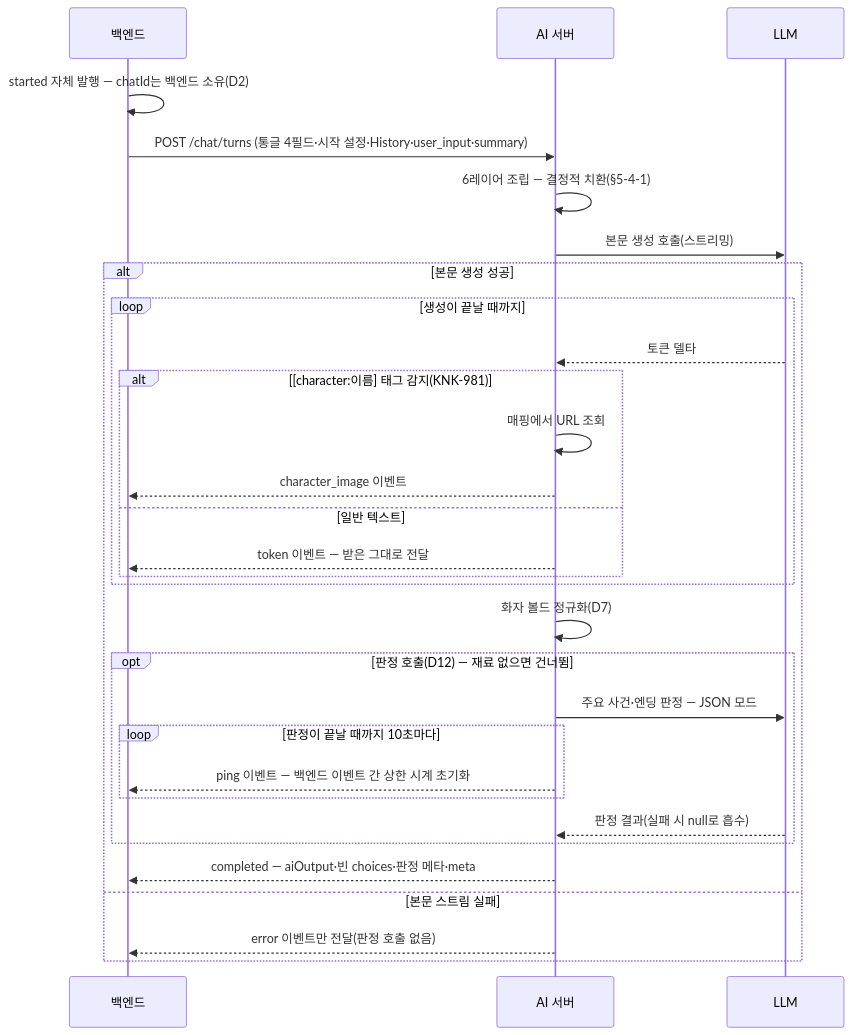
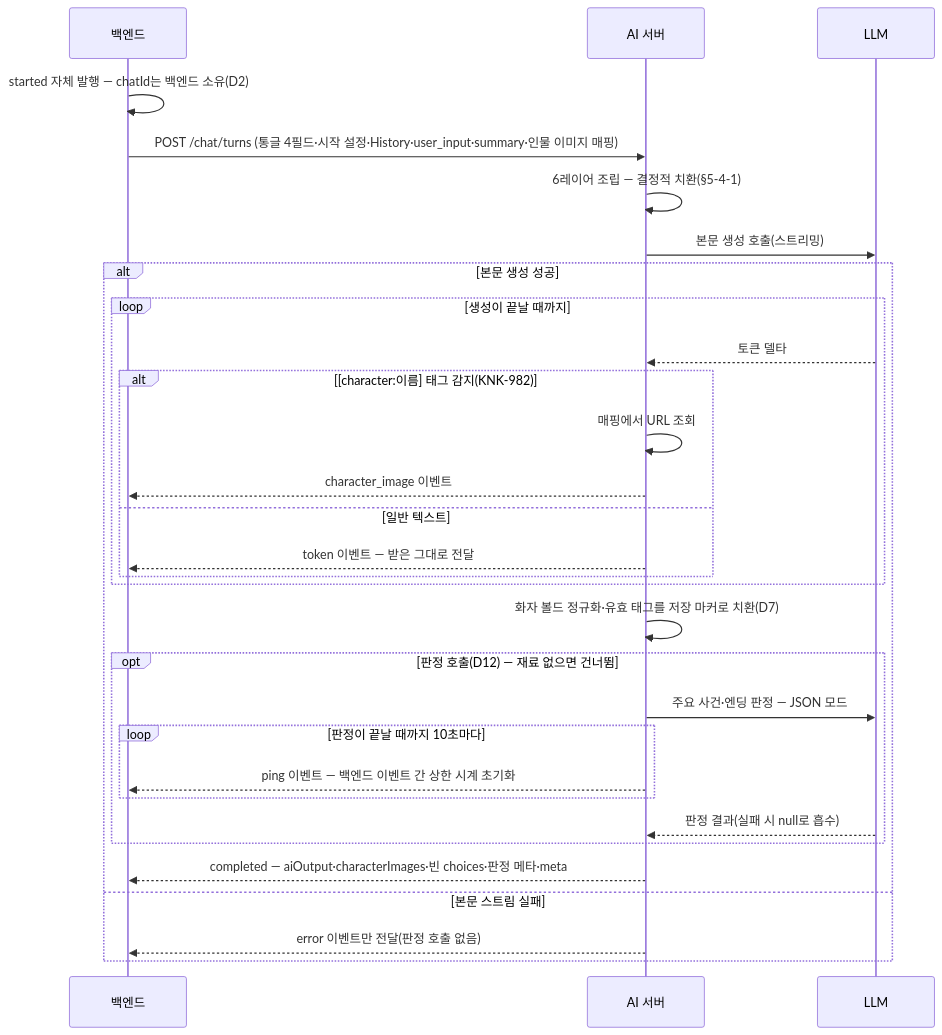
One commit to KIM-N-KANG/knk-harness changed the fourth of 8 diagrams in docs/product-specs/5-ai-server.md. Above: the diagram before and after it, drawn with Mermaid. The commit also changed other lines of this file, not shown here.

Commit message:
[KNK-996] Docs: AI 인물 이미지 구현 스펙 동기화 (#132)

````diff
--- a/docs/product-specs/5-ai-server.md
+++ b/docs/product-specs/5-ai-server.md
@@ -569,33 +585,33 @@
 ```mermaid
 sequenceDiagram
     participant BE as 백엔드
     participant AI as AI 서버
     participant LLM as LLM
 
     BE->>BE: started 자체 발행 — chatId는 백엔드 소유(D2)
-    BE->>AI: POST /chat/turns (통글 4필드·시작 설정·History·user_input·summary)
+    BE->>AI: POST /chat/turns (통글 4필드·시작 설정·History·user_input·summary·인물 이미지 매핑)
     AI->>AI: 6레이어 조립 — 결정적 치환(§5-4-1)
     AI->>LLM: 본문 생성 호출(스트리밍)
     alt 본문 생성 성공
         loop 생성이 끝날 때까지
             LLM-->>AI: 토큰 델타
-            alt [character:이름] 태그 감지(KNK-981)
+            alt [character:이름] 태그 감지(KNK-982)
                 AI->>AI: 매핑에서 URL 조회
                 AI-->>BE: character_image 이벤트
             else 일반 텍스트
                 AI-->>BE: token 이벤트 — 받은 그대로 전달
             end
         end
-        AI->>AI: 화자 볼드 정규화(D7)
+        AI->>AI: 화자 볼드 정규화·유효 태그를 저장 마커로 치환(D7)
         opt 판정 호출(D12) — 재료 없으면 건너뜀
             AI->>LLM: 주요 사건·엔딩 판정 — JSON 모드
             loop 판정이 끝날 때까지 10초마다
                 AI-->>BE: ping 이벤트 — 백엔드 이벤트 간 상한 시계 초기화
             end
             LLM-->>AI: 판정 결과(실패 시 null로 흡수)
         end
-        AI-->>BE: completed — aiOutput·빈 choices·판정 메타·meta
+        AI-->>BE: completed — aiOutput·characterImages·빈 choices·판정 메타·meta
     else 본문 스트림 실패
         AI-->>BE: error 이벤트만 전달(판정 호출 없음)
     end
 ```
````
